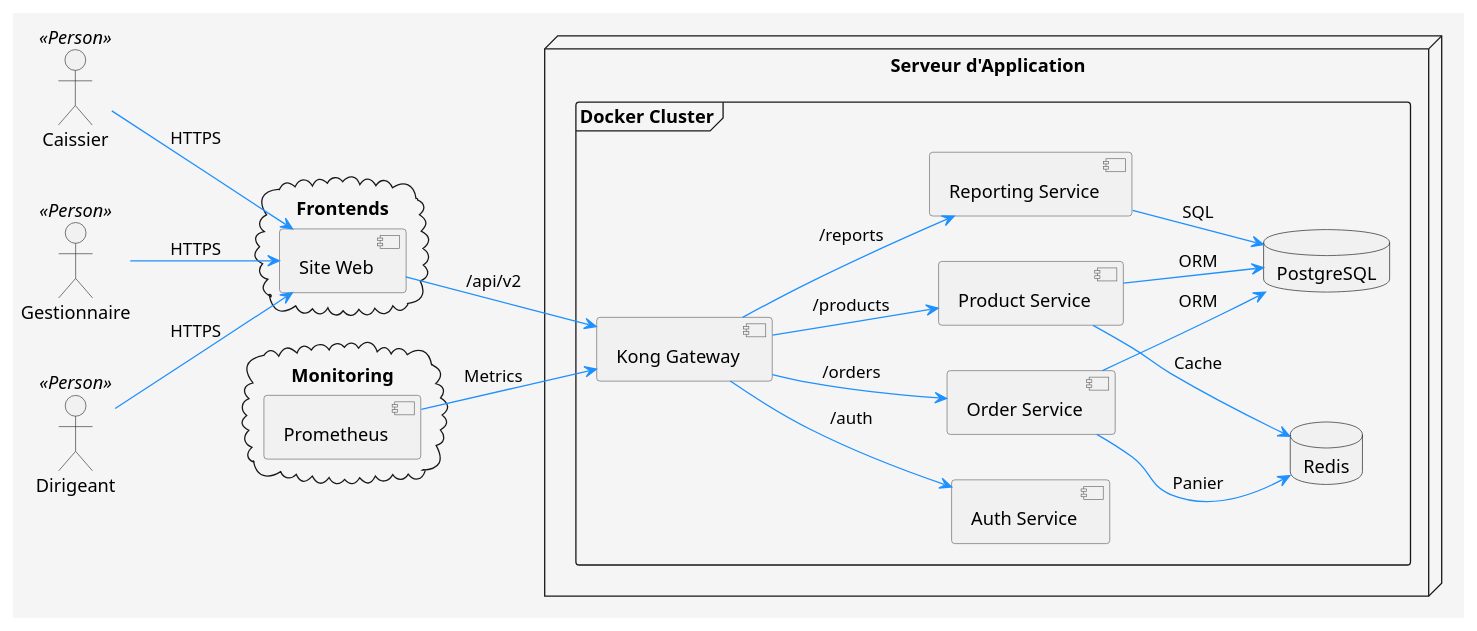
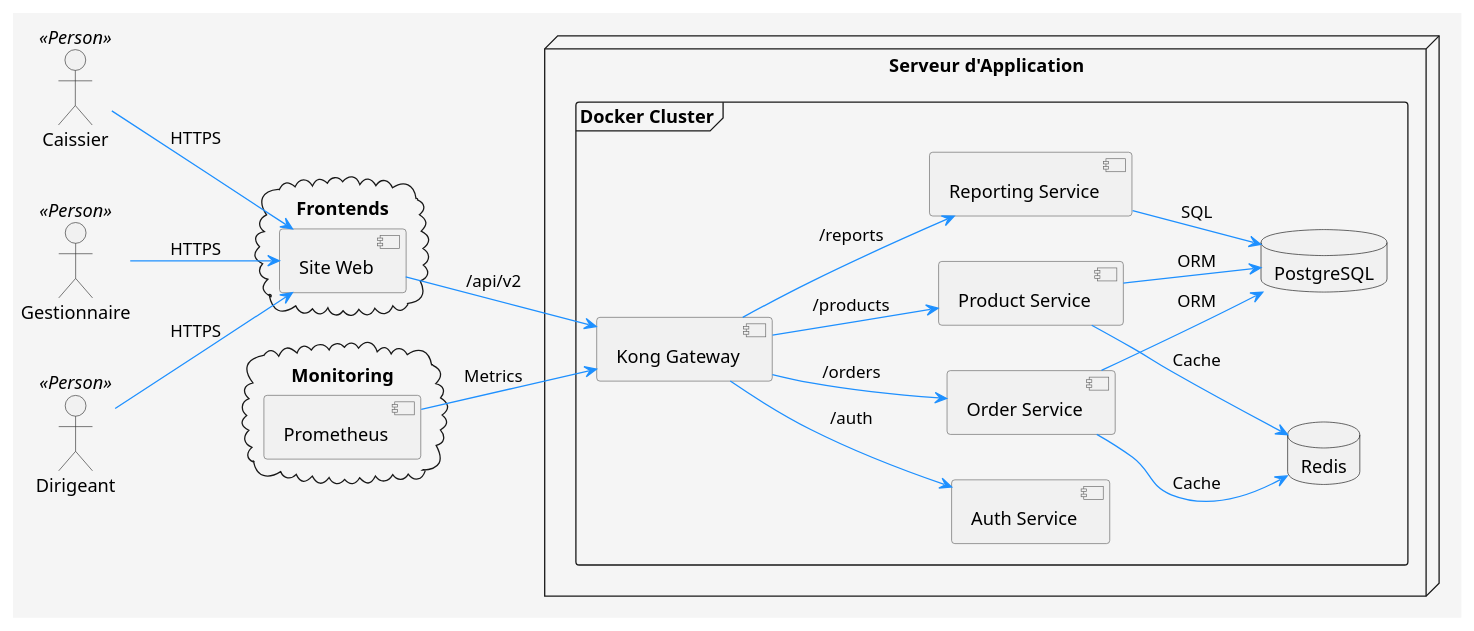
The diagram in documentation/UML/Physique/DeploymentView.puml (ErwanDerrien/GestionnaireMagasin), drawn with PlantUML before and after one commit. The commit also changed 17 other files, not shown here.

```diff
--- a/documentation/UML/Physique/DeploymentView.puml
+++ b/documentation/UML/Physique/DeploymentView.puml
@@ -1,59 +1,59 @@
 @startuml Deployment View
 
 skinparam {
     BackgroundColor #F5F5F5
     ActorBorderColor #333
     ComponentBorderColor #666
     ArrowColor #1E90FF
 }
 
 left to right direction
 
 actor Caissier as caissier <<Person>>
 actor Gestionnaire as gestionnaire <<Person>>
 actor Dirigeant as dirigeant <<Person>>
 
 cloud "Frontends" {
     component "Site Web" as site
 }
 
 node "Serveur d'Application" {
     frame "Docker Cluster" {
         [Kong Gateway] as kong
         [Auth Service] as auth
         [Order Service] as order
         [Product Service] as product
         [Reporting Service] as report
 
         database "PostgreSQL" as pg
         database "Redis" as redis
     }
 }
 
 ' Connexions
 
 caissier --> site : HTTPS
 gestionnaire --> site : HTTPS
 dirigeant --> site : HTTPS
 
 site --> kong : /api/v2
 
 kong --> auth : /auth
 kong --> order : /orders
 kong --> product : /products
 kong --> report : /reports
 
 order --> pg : ORM
 product --> pg : ORM
 report --> pg : SQL
 
-order --> redis : Panier
+order --> redis : Cache
 product --> redis : Cache
 
 cloud "Monitoring" {
     [Prometheus] as prom
 }
 
 prom --> kong : Metrics
 
 @enduml
```
